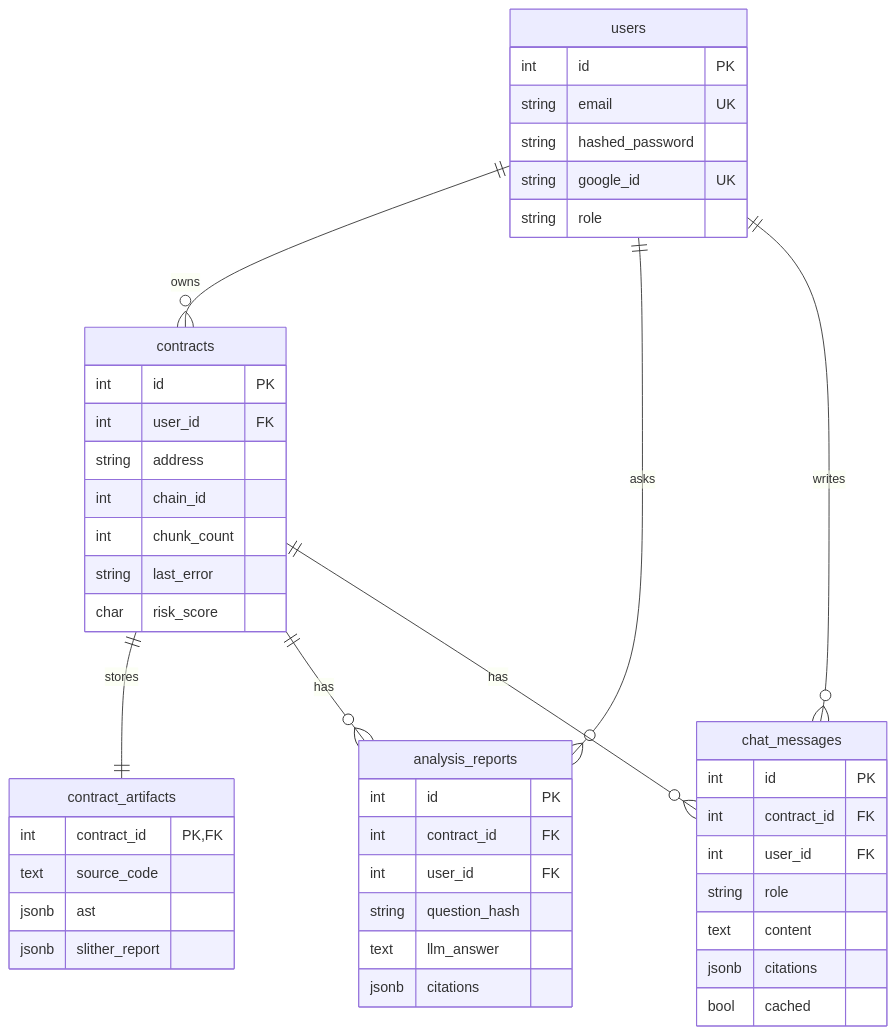
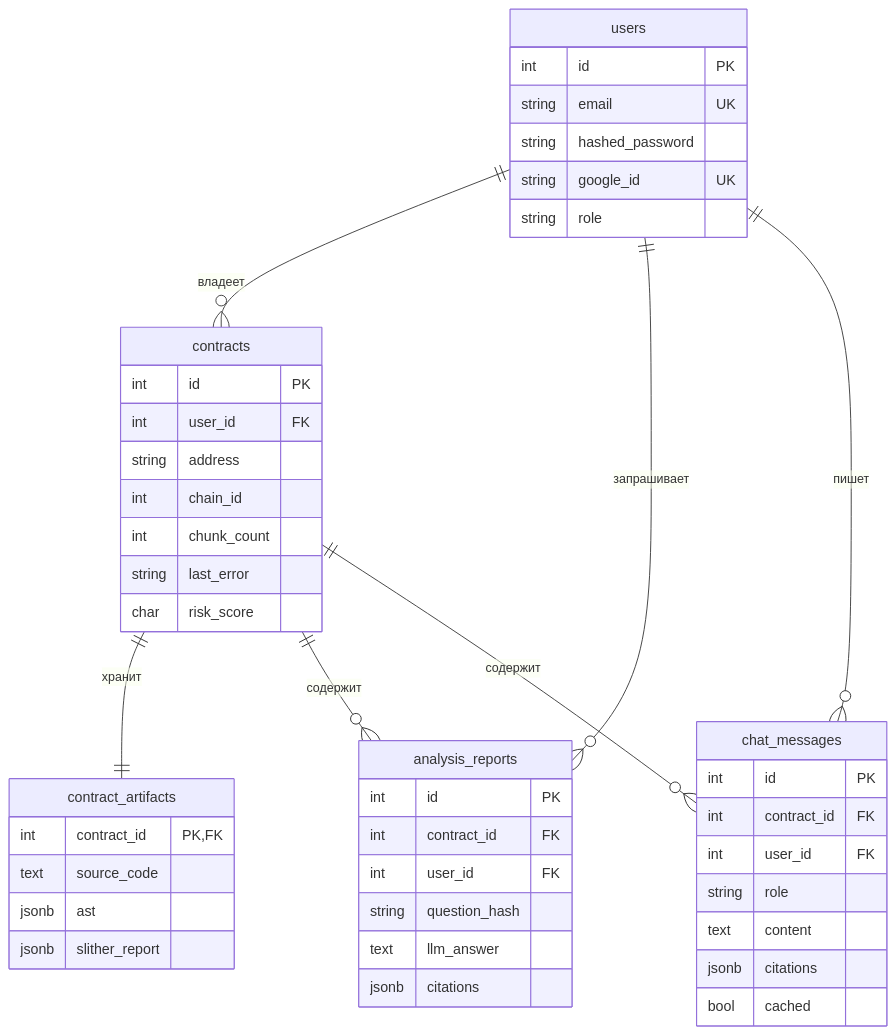
One commit to vladweat/chainwise changed the diagram in docs/database.md. Above: the diagram before and after it, drawn with Mermaid. The commit also changed other lines of this file and 16 other files, not shown here.

````diff
--- a/docs/database.md
+++ b/docs/database.md
@@ -195,53 +195,53 @@
 ```mermaid
 erDiagram
-    users ||--o{ contracts : owns
-    contracts ||--|| contract_artifacts : stores
-    users ||--o{ analysis_reports : asks
-    contracts ||--o{ analysis_reports : has
-    users ||--o{ chat_messages : writes
-    contracts ||--o{ chat_messages : has
+    users ||--o{ contracts : владеет
+    contracts ||--|| contract_artifacts : хранит
+    users ||--o{ analysis_reports : запрашивает
+    contracts ||--o{ analysis_reports : содержит
+    users ||--o{ chat_messages : пишет
+    contracts ||--o{ chat_messages : содержит
 
     users {
         int id PK
         string email UK
         string hashed_password
         string google_id UK
         string role
     }
 
     contracts {
         int id PK
         int user_id FK
         string address
         int chain_id
         int chunk_count
         string last_error
         char risk_score
     }
 
     contract_artifacts {
         int contract_id PK,FK
         text source_code
         jsonb ast
         jsonb slither_report
     }
 
     analysis_reports {
         int id PK
         int contract_id FK
         int user_id FK
         string question_hash
         text llm_answer
         jsonb citations
     }
 
     chat_messages {
         int id PK
         int contract_id FK
         int user_id FK
         string role
         text content
         jsonb citations
         bool cached
     }
 ```
````
